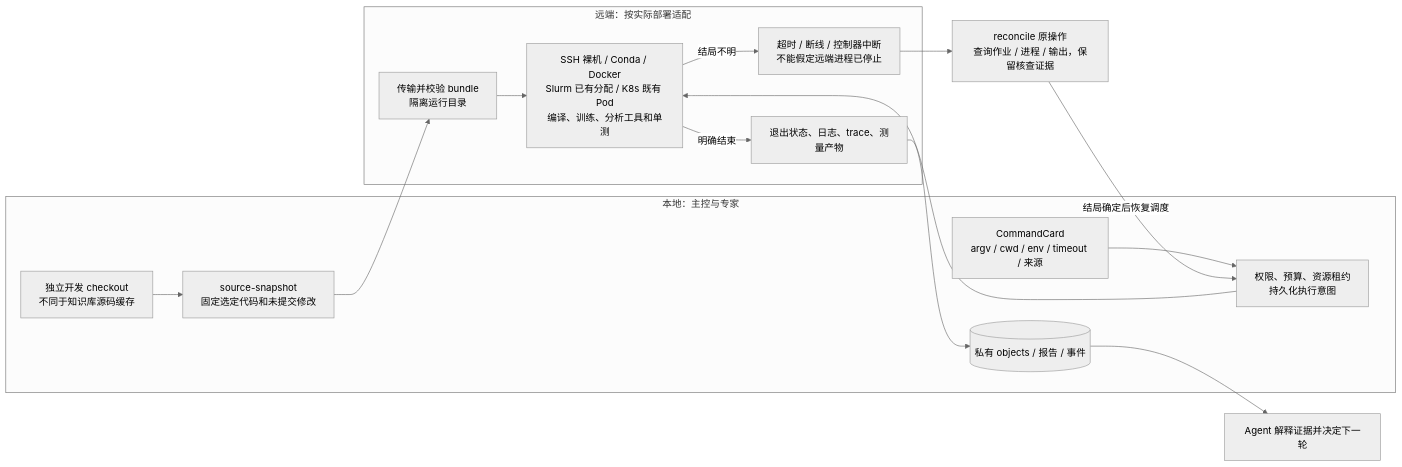
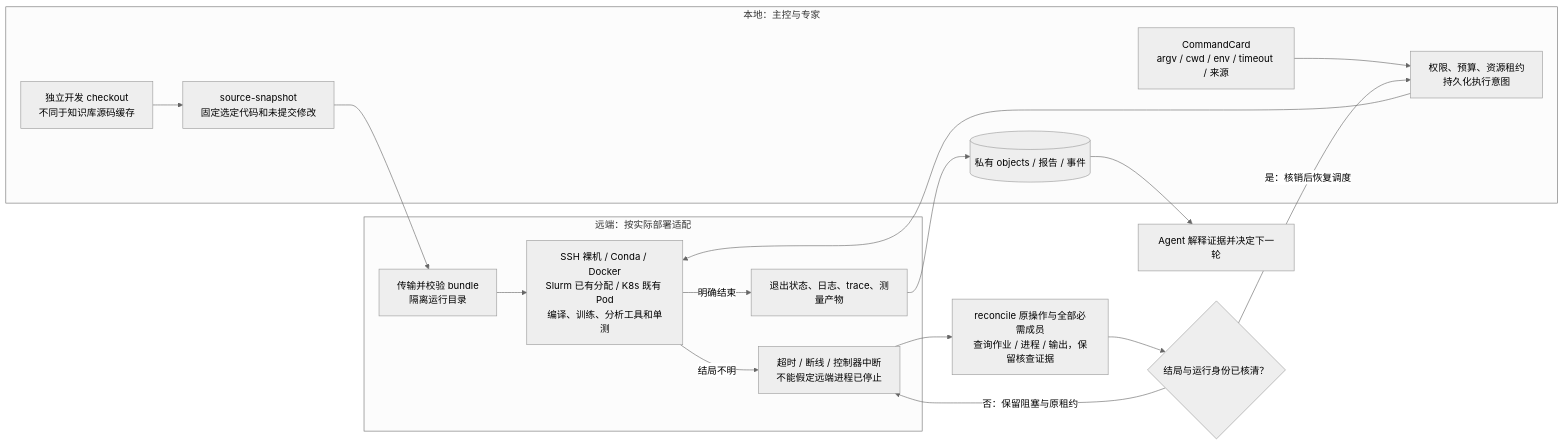
One commit to yuguo-Jack/HCU-TrainFlow changed the tenth of 12 diagrams in docs/workflow-map.md. Above: the diagram before and after it, drawn with Mermaid (neutral theme). The commit also changed other lines of this file and 11 other files, not shown here.

````diff
--- a/docs/workflow-map.md
+++ b/docs/workflow-map.md
@@ -297,23 +331,25 @@
 ```mermaid
 flowchart LR
     subgraph LOCAL["本地：主控与专家"]
         DEV["独立开发 checkout<br/>不同于知识库源码缓存"] --> SNAP["source-snapshot<br/>固定选定代码和未提交修改"]
         CARD["CommandCard<br/>argv / cwd / env / timeout / 来源"]
         LEASE["权限、预算、资源租约<br/>持久化执行意图"]
         EV[("私有 objects / 报告 / 事件")]
     end
     subgraph REMOTE["远端：按实际部署适配"]
         RECEIVE["传输并校验 bundle<br/>隔离运行目录"] --> RUN["SSH 裸机 / Conda / Docker<br/>Slurm 已有分配 / K8s 既有 Pod<br/>编译、训练、分析工具和单测"]
         LOG["退出状态、日志、trace、测量产物"]
         UNKNOWN["超时 / 断线 / 控制器中断<br/>不能假定远端进程已停止"]
     end
     SNAP --> RECEIVE
     CARD --> LEASE
     LEASE --> RUN
     RUN -->|明确结束| LOG
     LOG --> EV
     RUN -->|结局不明| UNKNOWN
-    UNKNOWN --> REC["reconcile 原操作<br/>查询作业 / 进程 / 输出，保留核查证据"]
-    REC -->|结局确定后恢复调度| LEASE
+    UNKNOWN --> REC["reconcile 原操作与全部必需成员<br/>查询作业 / 进程 / 输出，保留核查证据"]
+    REC --> CLEAR{"结局与运行身份已核清？"}
+    CLEAR -->|否：保留阻塞与原租约| UNKNOWN
+    CLEAR -->|是：核销后恢复调度| LEASE
     EV --> JUDGE["Agent 解释证据并决定下一轮"]
 ```
````
